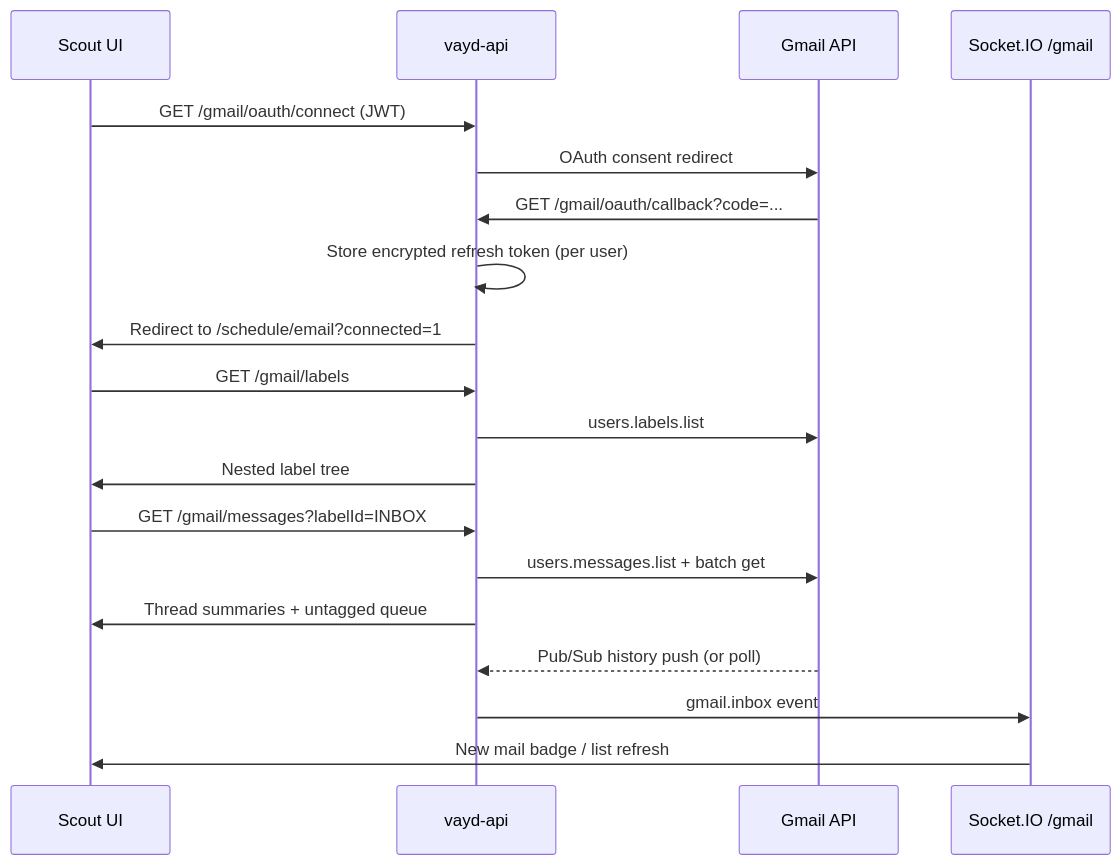
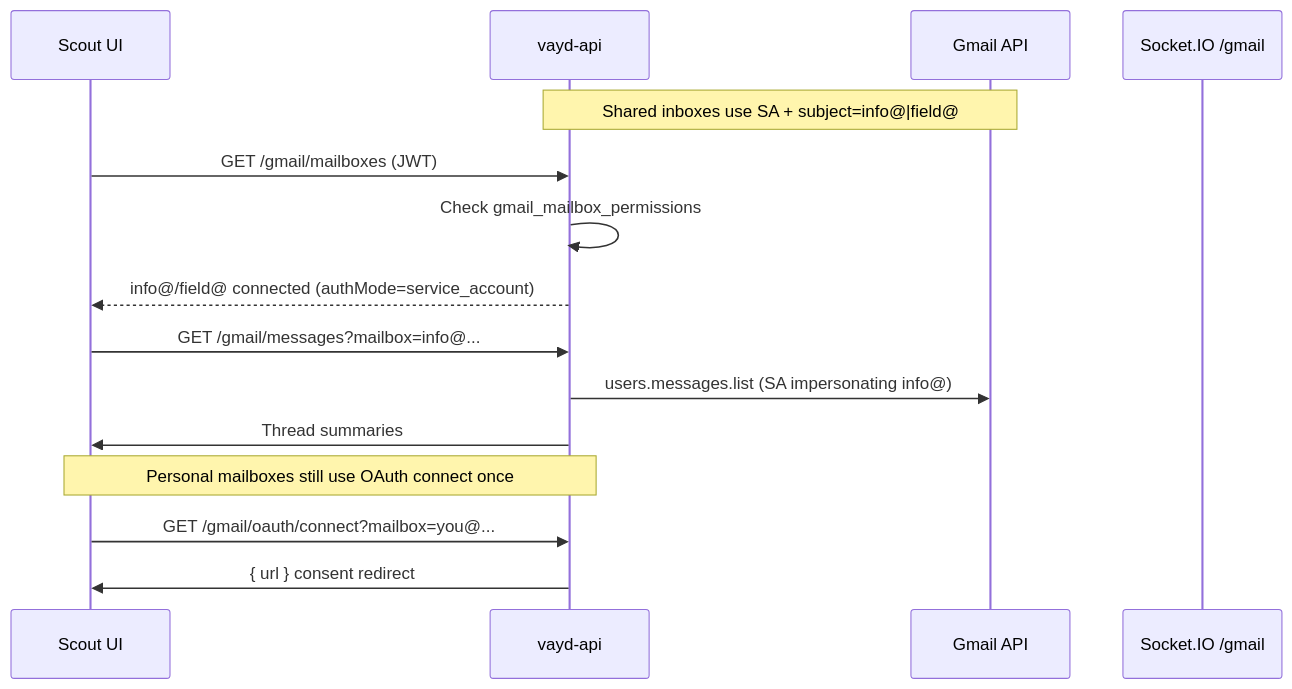
Before and after one commit to boickle/vayd-enterprise-manager: the diagram in docs/scout-gmail-api.md, drawn with Mermaid. The commit also changed other lines of this file and 5 other files, not shown here.

Commit message:
Make field and info public

````diff
--- a/docs/scout-gmail-api.md
+++ b/docs/scout-gmail-api.md
@@ -15,25 +19,20 @@
 ```mermaid
 sequenceDiagram
   participant Staff as Scout UI
   participant API as vayd-api
   participant Google as Gmail API
   participant WS as Socket.IO /gmail
 
-  Staff->>API: GET /gmail/oauth/connect (JWT)
-  API->>Google: OAuth consent redirect
-  Google->>API: GET /gmail/oauth/callback?code=...
-  API->>API: Store encrypted refresh token (per user)
-  API->>Staff: Redirect to /schedule/email?connected=1
+  Note over API,Google: Shared inboxes use SA + subject=info@|field@
+  Staff->>API: GET /gmail/mailboxes (JWT)
+  API->>API: Check gmail_mailbox_permissions
+  API-->>Staff: info@/field@ connected (authMode=service_account)
 
-  Staff->>API: GET /gmail/labels
-  API->>Google: users.labels.list
-  API->>Staff: Nested label tree
+  Staff->>API: GET /gmail/messages?mailbox=info@...
+  API->>Google: users.messages.list (SA impersonating info@)
+  API->>Staff: Thread summaries
 
-  Staff->>API: GET /gmail/messages?labelId=INBOX
-  API->>Google: users.messages.list + batch get
-  API->>Staff: Thread summaries + untagged queue
-
-  Google-->>API: Pub/Sub history push (or poll)
-  API->>WS: gmail.inbox event
-  WS->>Staff: New mail badge / list refresh
+  Note over Staff,API: Personal mailboxes still use OAuth connect once
+  Staff->>API: GET /gmail/oauth/connect?mailbox=you@...
+  API->>Staff: { url } consent redirect
 ```
````
